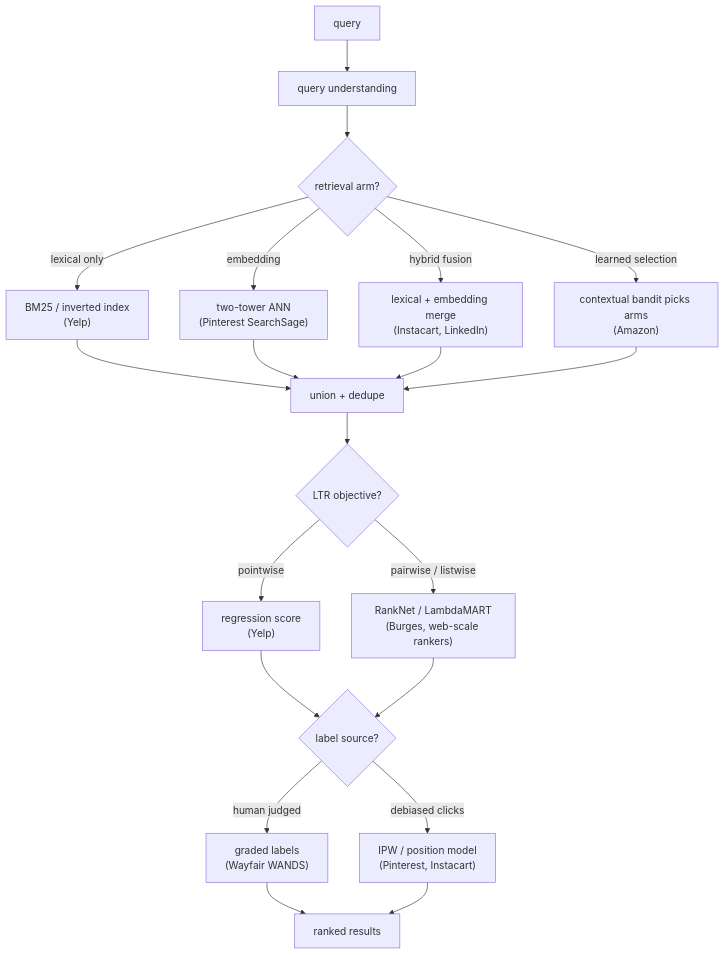
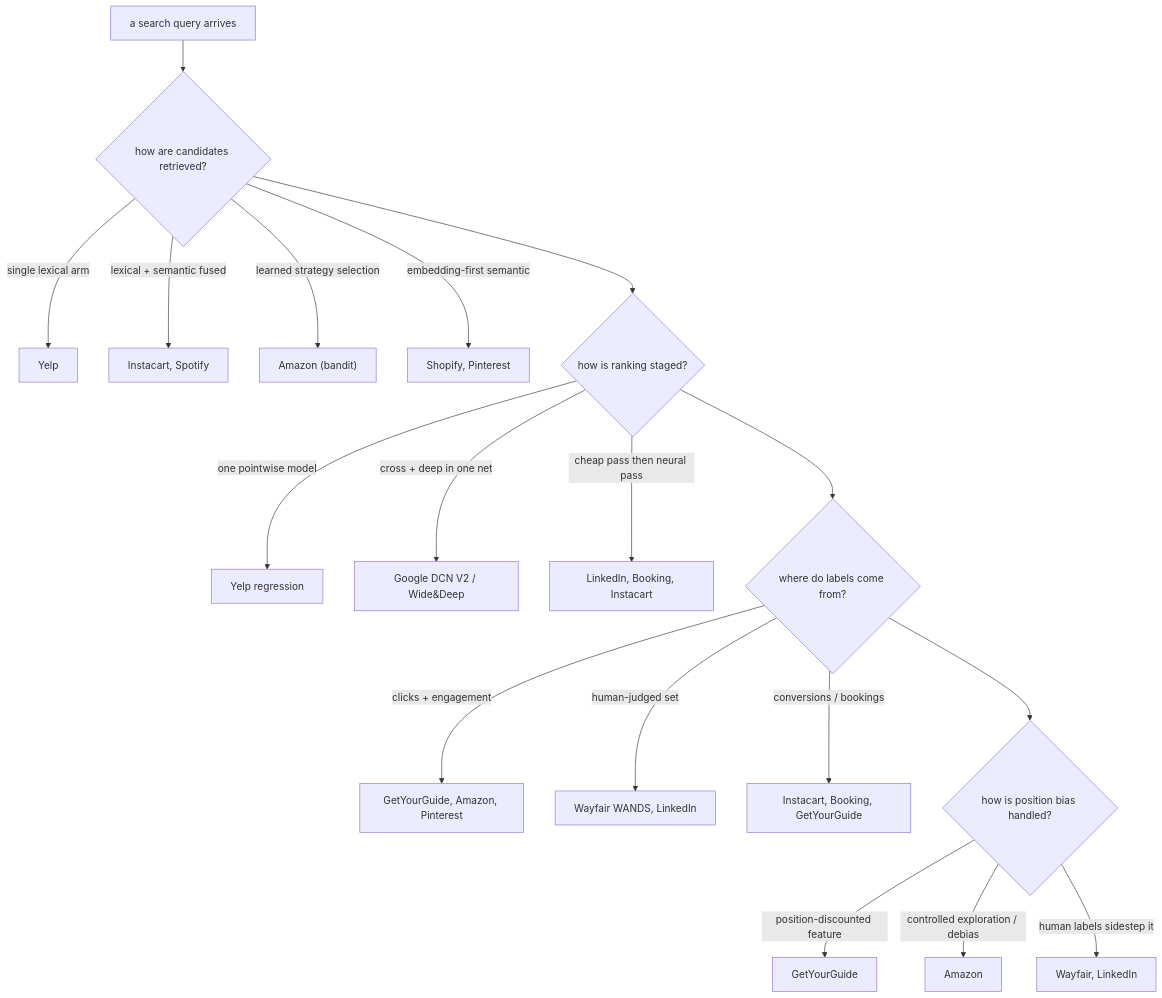
Before and after one commit to neurarch-ai/awesome-ml-system-design: the ninth of 36 diagrams in CASE-STUDIES.md, drawn with Mermaid. The commit also changed other lines of this file and 1 other file, not shown here.

First line of the commit message:
Refresh comparative diagrams + teardowns for the newly added cases

````diff
--- a/CASE-STUDIES.md
+++ b/CASE-STUDIES.md
@@ -364,22 +369,20 @@
 ```mermaid
 flowchart TD
-  Q["query"] --> QU["query understanding"]
-  QU --> B1{"retrieval arm?"}
-  B1 -->|"lexical only"| LEX["BM25 / inverted index<br/>(Yelp)"]
-  B1 -->|"embedding"| SEM["two-tower ANN<br/>(Pinterest SearchSage)"]
-  B1 -->|"hybrid fusion"| HYB["lexical + embedding merge<br/>(Instacart, LinkedIn)"]
-  B1 -->|"learned selection"| BAN["contextual bandit picks arms<br/>(Amazon)"]
-  LEX --> U["union + dedupe"]
-  SEM --> U
-  HYB --> U
-  BAN --> U
-  U --> B2{"LTR objective?"}
-  B2 -->|"pointwise"| PW["regression score<br/>(Yelp)"]
-  B2 -->|"pairwise / listwise"| PL["RankNet / LambdaMART<br/>(Burges, web-scale rankers)"]
-  PW --> B3{"label source?"}
-  PL --> B3
-  B3 -->|"human judged"| HJ["graded labels<br/>(Wayfair WANDS)"]
-  B3 -->|"debiased clicks"| CK["IPW / position model<br/>(Pinterest, Instacart)"]
-  HJ --> R["ranked results"]
-  CK --> R
+  START["a search query arrives"] --> RET{"how are candidates retrieved?"}
+  RET -->|"single lexical arm"| Y["Yelp"]
+  RET -->|"lexical + semantic fused"| INST["Instacart, Spotify"]
+  RET -->|"learned strategy selection"| AMZ["Amazon (bandit)"]
+  RET -->|"embedding-first semantic"| EMB["Shopify, Pinterest"]
+  RET --> RANK{"how is ranking staged?"}
+  RANK -->|"one pointwise model"| YM["Yelp regression"]
+  RANK -->|"cross + deep in one net"| G["Google DCN V2 / Wide&Deep"]
+  RANK -->|"cheap pass then neural pass"| MS["LinkedIn, Booking, Instacart"]
+  RANK --> LBL{"where do labels come from?"}
+  LBL -->|"clicks + engagement"| ENG["GetYourGuide, Amazon, Pinterest"]
+  LBL -->|"human-judged set"| HJ["Wayfair WANDS, LinkedIn"]
+  LBL -->|"conversions / bookings"| CONV["Instacart, Booking, GetYourGuide"]
+  LBL --> POS{"how is position bias handled?"}
+  POS -->|"position-discounted feature"| PD["GetYourGuide"]
+  POS -->|"controlled exploration / debias"| CE["Amazon"]
+  POS -->|"human labels sidestep it"| HL["Wayfair, LinkedIn"]
 ```
````
